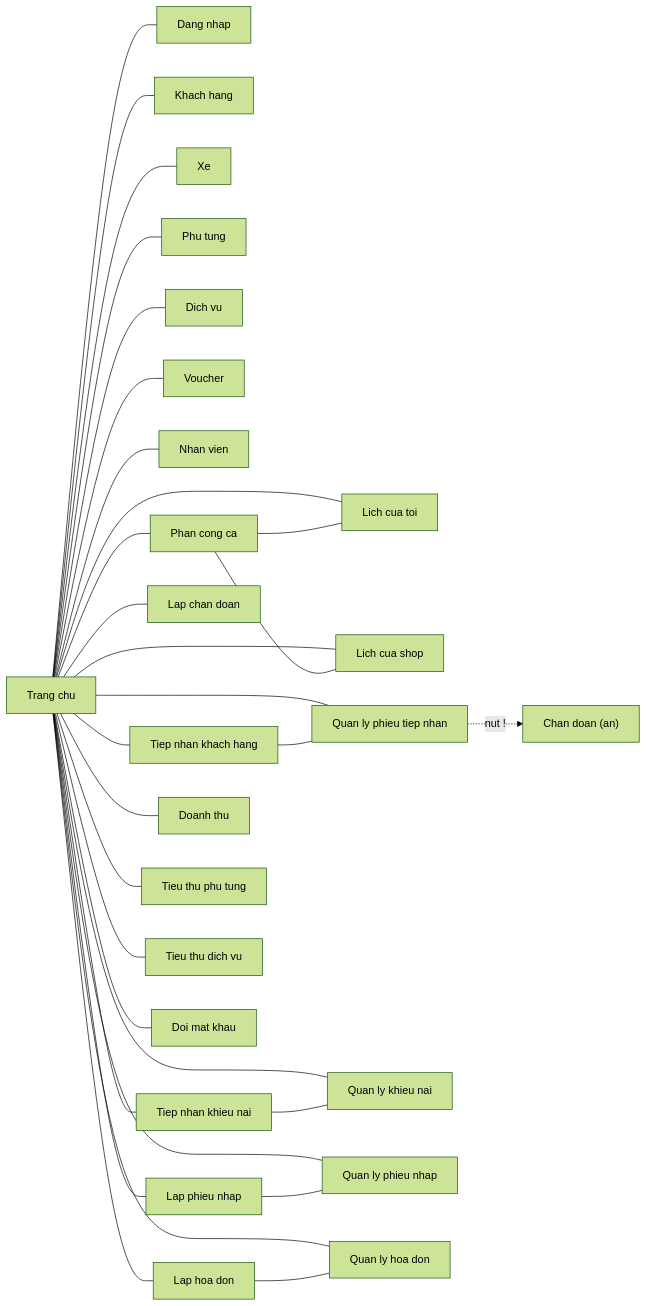
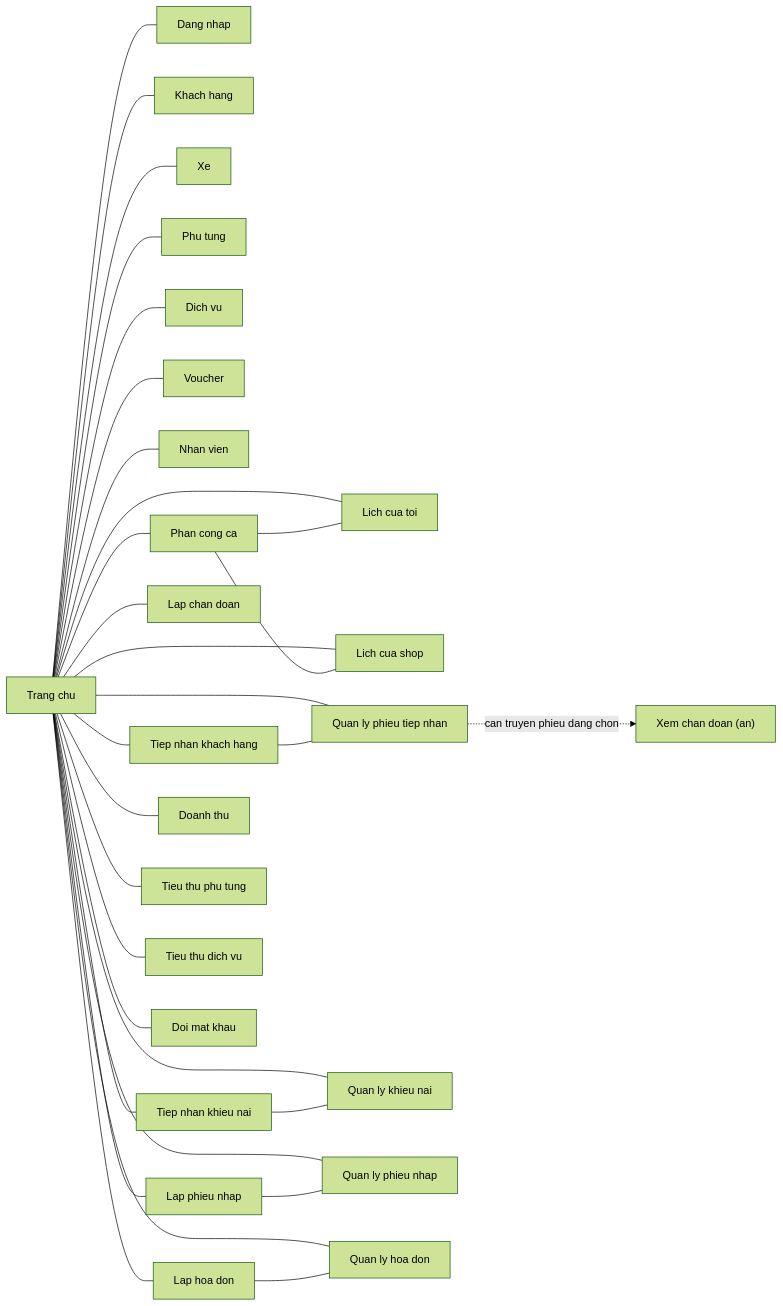
The fifth of 10 diagrams in assets/tasks/DGRAPH.md (MaiTheHao/iuh-fall2026-ptud), drawn with Mermaid (forest theme) before and after one commit. The commit also changed other lines of this file and 5 other files, not shown here.

````diff
--- a/assets/tasks/DGRAPH.md
+++ b/assets/tasks/DGRAPH.md
@@ -164,37 +148,37 @@
 ```mermaid
 flowchart LR
     scr02["Trang chu"]
     scr01["Dang nhap"]
 
     scr02 --- scr03["Khach hang"]
     scr02 --- scr03b["Xe"]
     scr02 --- scr06["Phu tung"]
     scr02 --- scr08["Dich vu"]
     scr02 --- scr09["Voucher"]
     scr02 --- scr11["Nhan vien"]
     scr02 --- scr05["Phan cong ca"]
     scr02 --- scr05b["Lich cua toi"]
     scr02 --- scr05c["Lich cua shop"]
     scr02 --- scr04["Tiep nhan khach hang"]
     scr02 --- scr04b["Quan ly phieu tiep nhan"]
     scr02 --- scr04d["Lap chan doan"]
     scr02 --- scr16["Tiep nhan khieu nai"]
     scr02 --- scr16b["Quan ly khieu nai"]
     scr02 --- scr07["Lap phieu nhap"]
     scr02 --- scr07b["Quan ly phieu nhap"]
     scr02 --- scr10["Lap hoa don"]
     scr02 --- scr10b["Quan ly hoa don"]
     scr02 --- scr12["Doanh thu"]
     scr02 --- scr12b["Tieu thu phu tung"]
     scr02 --- scr12c["Tieu thu dich vu"]
     scr02 --- scr15["Doi mat khau"]
     scr02 --- scr01
 
     scr04 --- scr04b
-    scr04b -.->|"nut !"| scr04c["Chan doan (an)"]
+    scr04b -.->|"can truyen phieu dang chon"| scr04c["Xem chan doan (an)"]
     scr16 --- scr16b
     scr07 --- scr07b
     scr10 --- scr10b
     scr05 --- scr05b
     scr05 --- scr05c
 ```
````
